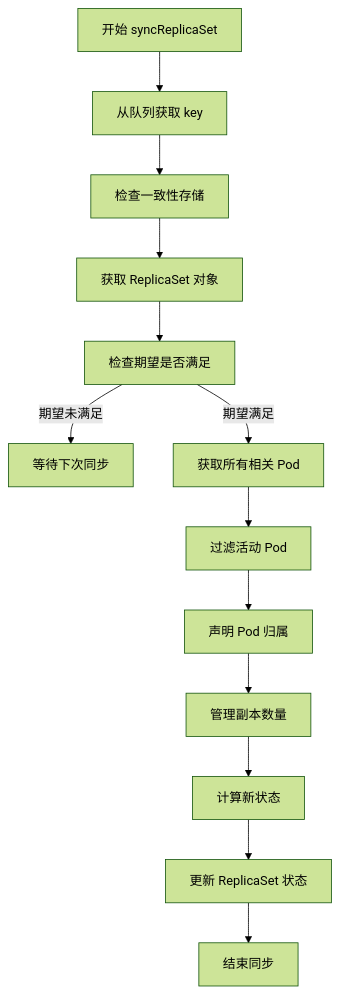
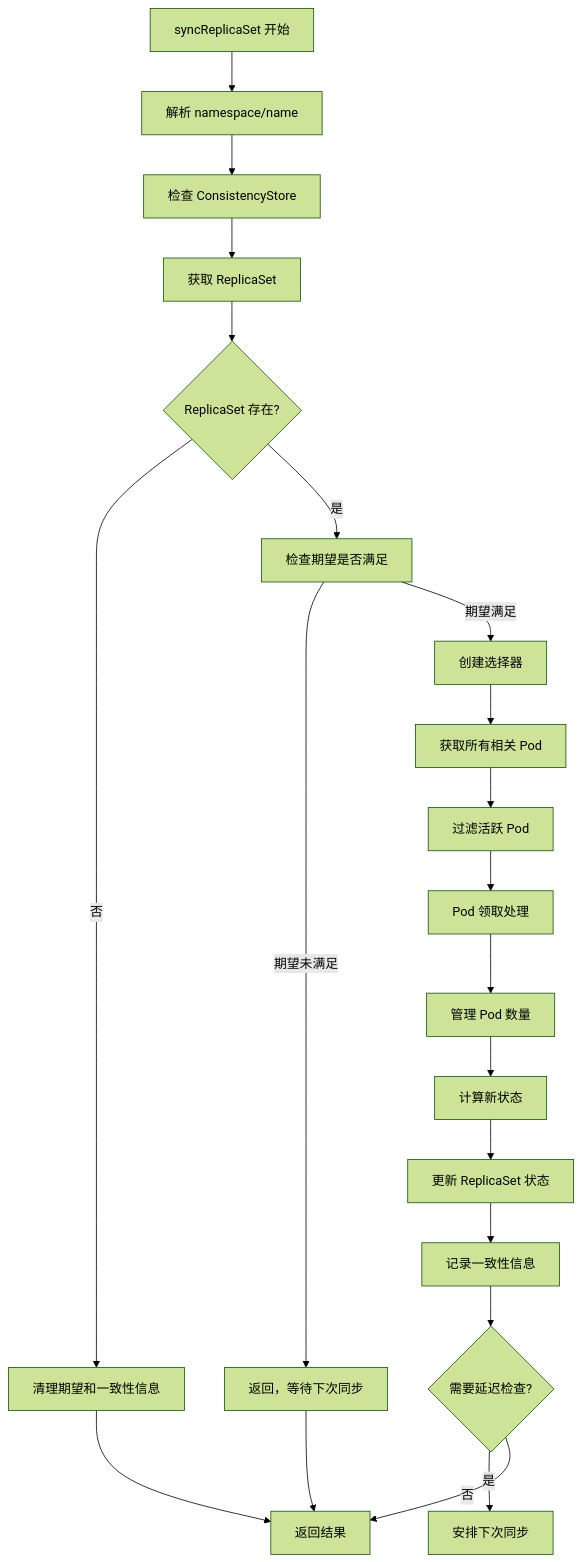
One commit to mjczz/k8s-vitepress changed the fourth of 5 diagrams in docs/deep-dive/replicaset-controller-deep-dive.md. Above: the diagram before and after it, drawn with Mermaid (forest theme). The commit also changed other lines of this file and 5 other files, not shown here.

````diff
--- a/docs/deep-dive/replicaset-controller-deep-dive.md
+++ b/docs/deep-dive/replicaset-controller-deep-dive.md
@@ -84,15 +408,23 @@
 ```mermaid
 flowchart TD
-    A[开始 syncReplicaSet] --> B[从队列获取 key]
-    B --> C[检查一致性存储]
-    C --> D[获取 ReplicaSet 对象]
-    D --> E[检查期望是否满足]
-    E -->|期望未满足| F[等待下次同步]
-    E -->|期望满足| G[获取所有相关 Pod]
-    G --> H[过滤活动 Pod]
-    H --> I[声明 Pod 归属]
-    I --> J[管理副本数量]
-    J --> K[计算新状态]
-    K --> L[更新 ReplicaSet 状态]
-    L --> M[结束同步]
+    A[syncReplicaSet 开始] --> B[解析 namespace/name]
+    B --> C[检查 ConsistencyStore]
+    C --> D[获取 ReplicaSet]
+    D --> E{ReplicaSet 存在?}
+    E -->|否| F[清理期望和一致性信息]
+    E -->|是| G[检查期望是否满足]
+    G -->|期望未满足| H[返回，等待下次同步]
+    G -->|期望满足| I[创建选择器]
+    I --> J[获取所有相关 Pod]
+    J --> K[过滤活跃 Pod]
+    K --> L[Pod 领取处理]
+    L --> M[管理 Pod 数量]
+    M --> N[计算新状态]
+    N --> O[更新 ReplicaSet 状态]
+    O --> P[记录一致性信息]
+    P --> Q{需要延迟检查?}
+    Q -->|是| R[安排下次同步]
+    Q -->|否| S[返回结果]
+    F --> S
+    H --> S
 ```
````
